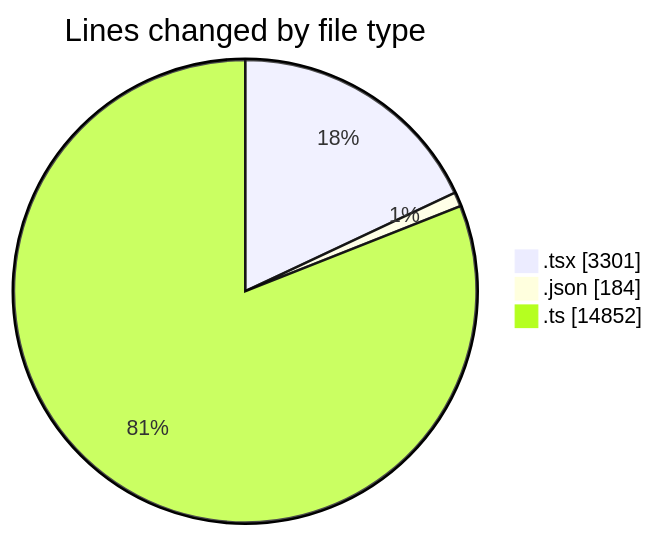
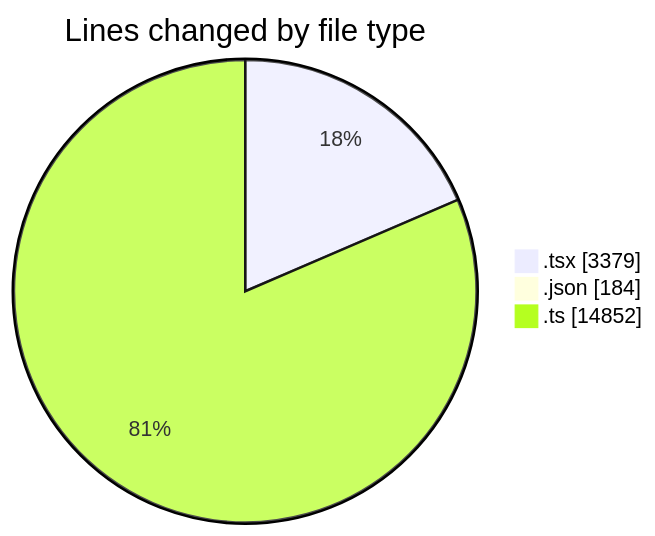
The first of 2 diagrams in 2025-11-21/cda/README.md (momahboobian/code-tracking), drawn with Mermaid before and after one commit. The commit also changed other lines of this file and 1 other file, not shown here.

````diff
--- a/2025-11-21/cda/README.md
+++ b/2025-11-21/cda/README.md
@@ -33,7 +34,7 @@
 ```mermaid
 pie showData
 title Lines changed by file type
-".tsx" : 3301
+".tsx" : 3379
 ".json" : 184
 ".ts" : 14852
 ```
````
